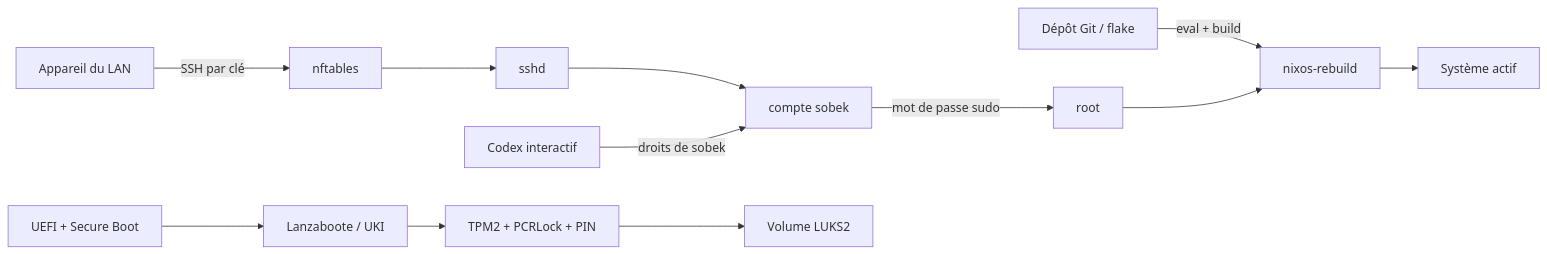
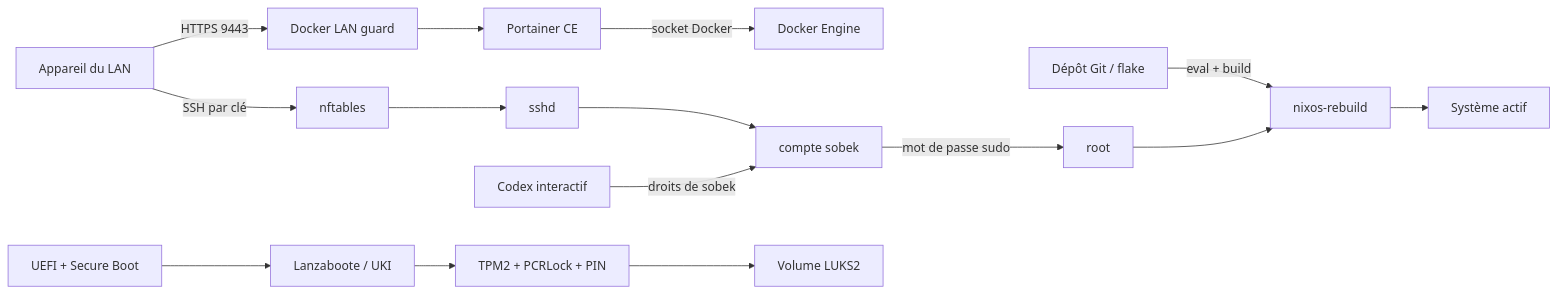
Before and after one commit to sobekkkk/nixos-homelab-conf: the diagram in docs/THREAT_MODEL.md, drawn with Mermaid. The commit also changed other lines of this file and 9 other files, not shown here.

Commit message:
Add LAN-restricted Portainer platform

````diff
--- a/docs/THREAT_MODEL.md
+++ b/docs/THREAT_MODEL.md
@@ -16,14 +16,17 @@
 ```mermaid
 flowchart LR
     LAN[Appareil du LAN] -->|SSH par clé| FW[nftables]
     FW --> SSH[sshd]
+    LAN -->|HTTPS 9443| DGUARD[Docker LAN guard]
+    DGUARD --> PORTAINER[Portainer CE]
+    PORTAINER -->|socket Docker| DOCKER[Docker Engine]
     SSH --> USER[compte sobek]
     USER -->|mot de passe sudo| ROOT[root]
     GIT[Dépôt Git / flake] -->|eval + build| REBUILD[nixos-rebuild]
     ROOT --> REBUILD
     REBUILD --> SYSTEM[Système actif]
     UEFI[UEFI + Secure Boot] --> UKI[Lanzaboote / UKI]
     UKI --> TPM[TPM2 + PCRLock + PIN]
     TPM --> LUKS[Volume LUKS2]
     CODEX[Codex interactif] -->|droits de sobek| USER
 ```
````
